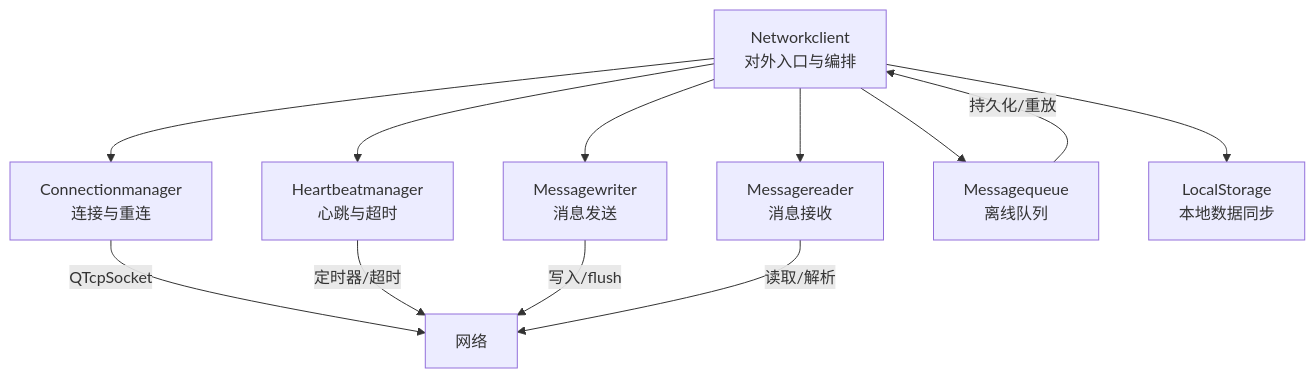
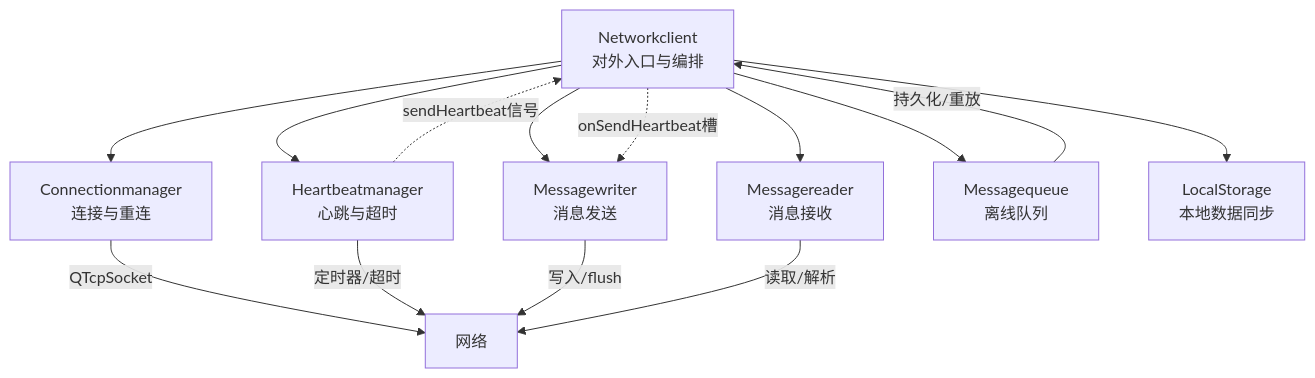
The first of 10 diagrams in .qoder/repowiki/zh/content/核心模块/网络客户端模块/网络客户端核心.md (HeQiTZD/Triple-terminal-Attendance-Punching-System), drawn with Mermaid before and after one commit. The commit also changed other lines of this file and 18 other files, not shown here.

````diff
--- a/.qoder/repowiki/zh/content/核心模块/网络客户端模块/网络客户端核心.md
+++ b/.qoder/repowiki/zh/content/核心模块/网络客户端模块/网络客户端核心.md
@@ -48,14 +48,16 @@
 ```mermaid
 graph TB
 NC["Networkclient<br/>对外入口与编排"] --> CM["Connectionmanager<br/>连接与重连"]
 NC --> HM["Heartbeatmanager<br/>心跳与超时"]
 NC --> MW["Messagewriter<br/>消息发送"]
 NC --> MR["Messagereader<br/>消息接收"]
 NC --> MQ["Messagequeue<br/>离线队列"]
 NC --> LS["LocalStorage<br/>本地数据同步"]
 CM --> |"QTcpSocket"| NET["网络"]
 HM --> |"定时器/超时"| NET
 MW --> |"写入/flush"| NET
 MR --> |"读取/解析"| NET
 MQ --> |"持久化/重放"| NC
+HM -.-> |"sendHeartbeat信号"| NC
+NC -.-> |"onSendHeartbeat槽"| MW
 ```
````
